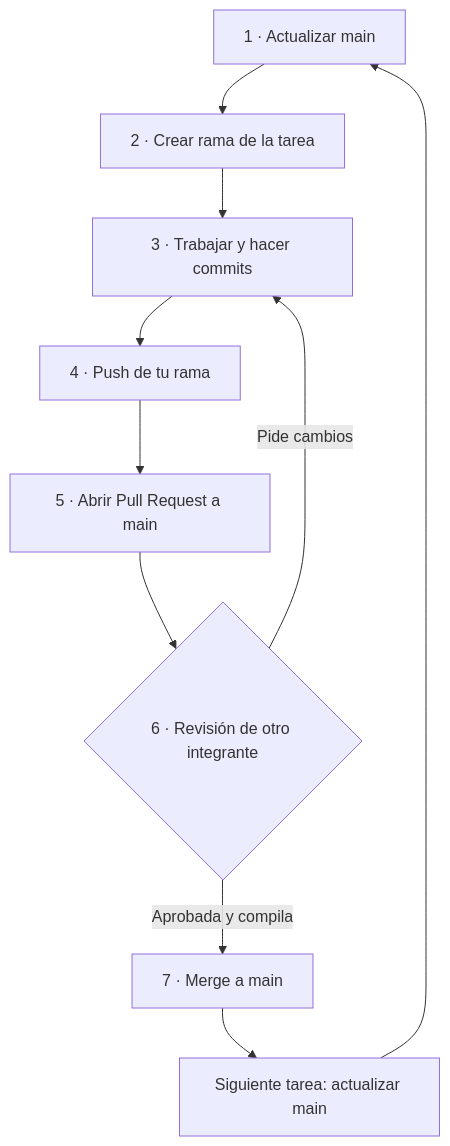
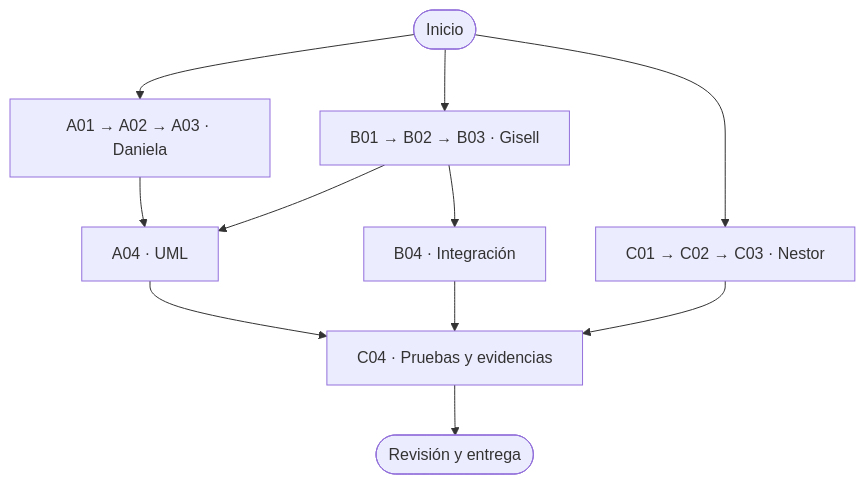
One commit to isaactorrenegra-coder/wattcontrol-panaderia-equipo4 changed the diagram in README.md. Above: the diagram before and after it, drawn with Mermaid. The commit also changed other lines of this file, not shown here.

````diff
--- a/README.md
+++ b/README.md
@@ -21,12 +18,14 @@
 ```mermaid
 flowchart TD
-    A["1 · Actualizar main"] --> B["2 · Crear rama de la tarea"]
-    B --> C["3 · Trabajar y hacer commits"]
-    C --> D["4 · Push de tu rama"]
-    D --> E["5 · Abrir Pull Request a main"]
-    E --> F{"6 · Revisión de otro integrante"}
-    F -- "Pide cambios" --> C
-    F -- "Aprobada y compila" --> G["7 · Merge a main"]
-    G --> H["Siguiente tarea: actualizar main"]
-    H --> A
+    INICIO([Inicio])
+    INICIO --> A[A01 → A02 → A03 · Daniela]
+    INICIO --> B[B01 → B02 → B03 · Gisell]
+    INICIO --> C[C01 → C02 → C03 · Nestor]
+    A --> D[A04 · UML]
+    B --> D
+    B --> E[B04 · Integración]
+    D --> F[C04 · Pruebas y evidencias]
+    E --> F
+    C --> F
+    F --> G([Revisión y entrega])
 ```
````
